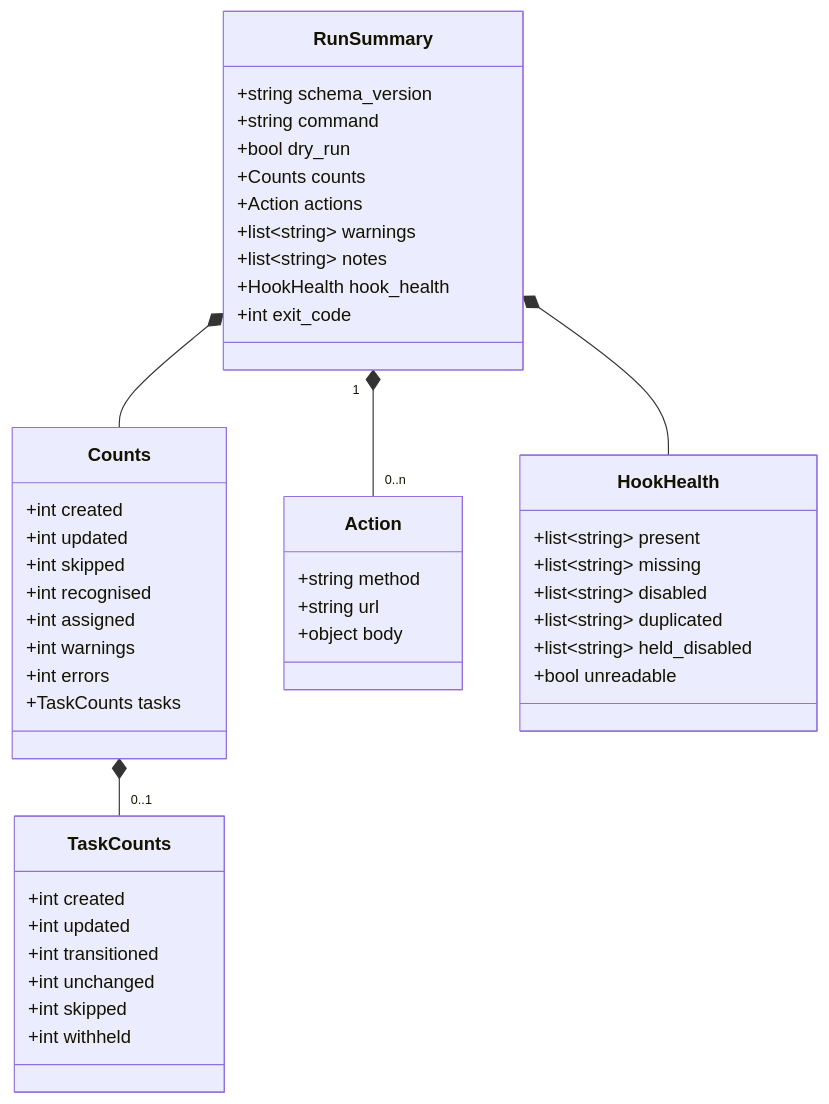
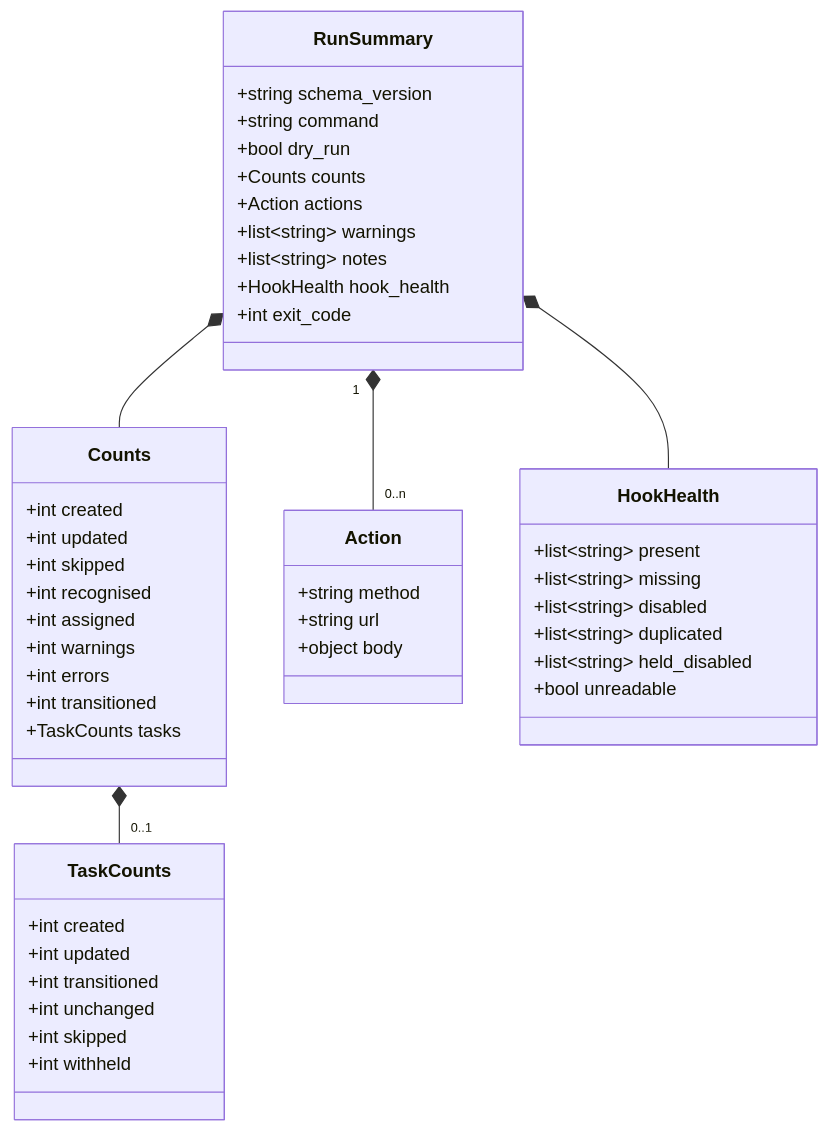
Before and after one commit to Fyloss/spec-kit-jira: the sixth of 6 diagrams in docs/05-reconcile-flow.md, drawn with Mermaid. The commit also changed other lines of this file and 129 other files, not shown here.

````diff
--- a/docs/05-reconcile-flow.md
+++ b/docs/05-reconcile-flow.md
@@ -355,55 +374,56 @@
 ```mermaid
 classDiagram
     class RunSummary {
         +string schema_version
         +string command
         +bool dry_run
         +Counts counts
         +Action actions
         +list~string~ warnings
         +list~string~ notes
         +HookHealth hook_health
         +int exit_code
     }
 
     class Counts {
         +int created
         +int updated
         +int skipped
         +int recognised
         +int assigned
         +int warnings
         +int errors
+        +int transitioned
         +TaskCounts tasks
     }
 
     class TaskCounts {
         +int created
         +int updated
         +int transitioned
         +int unchanged
         +int skipped
         +int withheld
     }
 
     Counts *-- "0..1" TaskCounts
 
     class Action {
         +string method
         +string url
         +object body
     }
 
     class HookHealth {
         +list~string~ present
         +list~string~ missing
         +list~string~ disabled
         +list~string~ duplicated
         +list~string~ held_disabled
         +bool unreadable
     }
 
     RunSummary *-- Counts
     RunSummary "1" *-- "0..n" Action
     RunSummary *-- HookHealth
 ```
````
